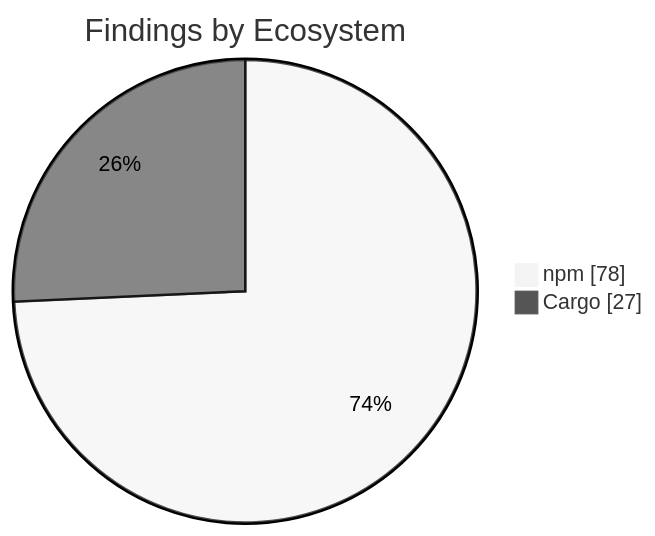
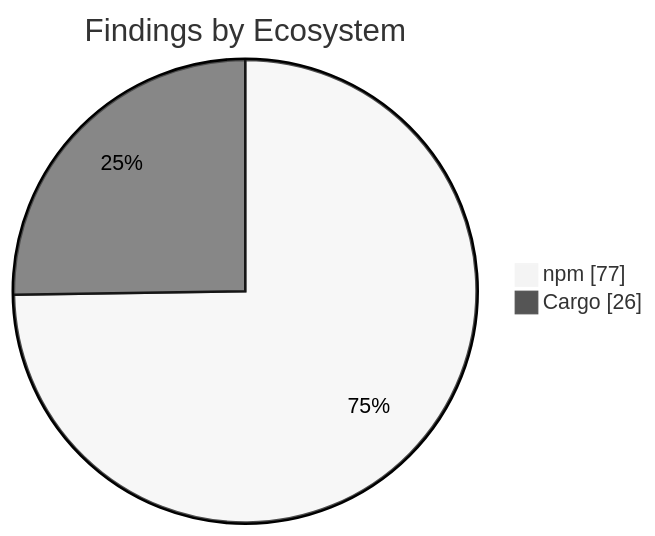
The second of 2 diagrams in apps/kbve/astro-kbve/src/content/docs/dashboard/security.mdx (KBVE/kbve), drawn with Mermaid (neutral theme) before and after one commit. The commit also changed other lines of this file and 8 other files, not shown here.

````diff
--- a/apps/kbve/astro-kbve/src/content/docs/dashboard/security.mdx
+++ b/apps/kbve/astro-kbve/src/content/docs/dashboard/security.mdx
@@ -73,6 +73,6 @@
 ```mermaid
 pie showData
     title Findings by Ecosystem
-    "npm" : 78
-    "Cargo" : 27
+    "npm" : 77
+    "Cargo" : 26
 ```
````
